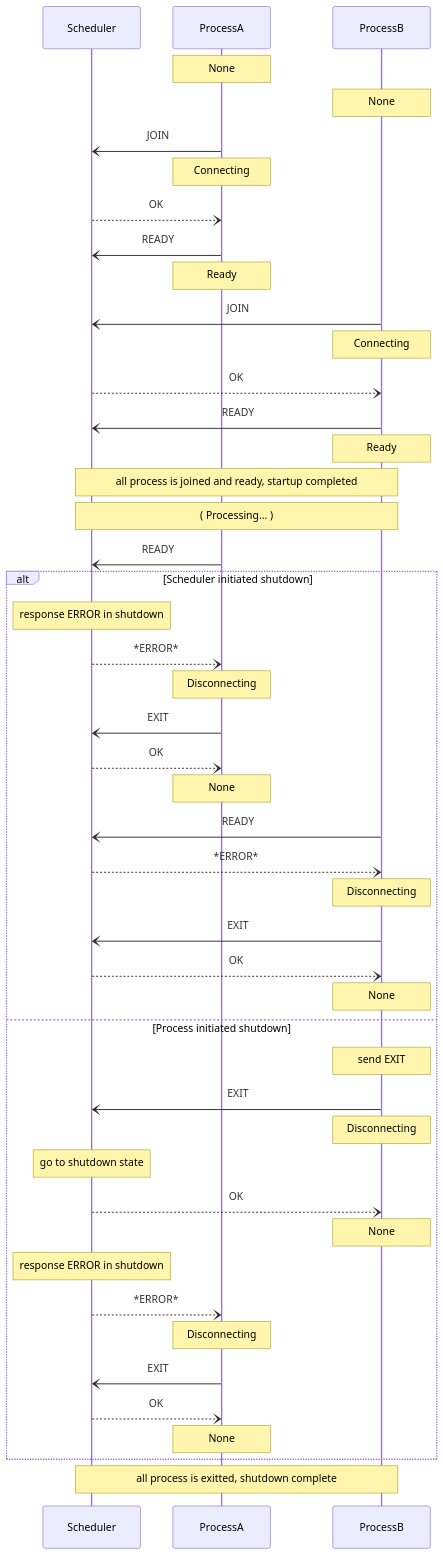
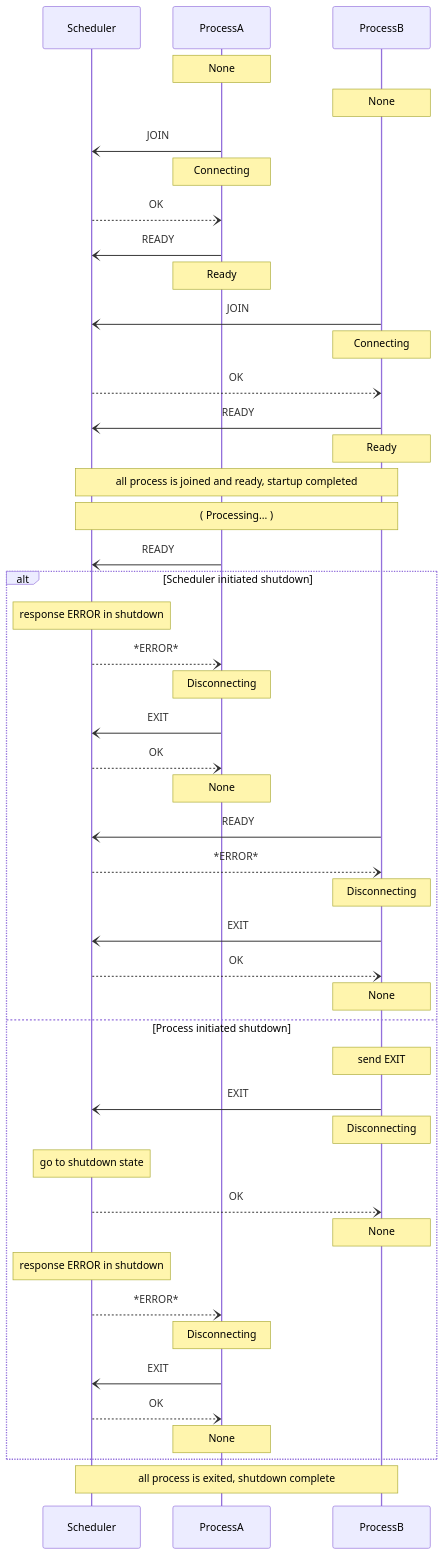
One commit to nao-kawano/ritsu-scheduler changed the first of 2 diagrams in docs/message-sequence.md. Above: the diagram before and after it, drawn with Mermaid. The commit also changed 12 other files, not shown here.

````diff
--- a/docs/message-sequence.md
+++ b/docs/message-sequence.md
@@ -12,61 +12,61 @@
 ```mermaid
 sequenceDiagram
   participant S as Scheduler
   participant A as ProcessA
   participant B as ProcessB
 
   Note over A: None
   Note over B: None
 
   A -) S: JOIN
   Note over A: Connecting
   S --) A: OK
 
   A -) S: READY
   Note over A: Ready
 
   B -) S: JOIN
   Note over B: Connecting
   S --) B: OK
 
   B -) S: READY
   Note over B: Ready
 
   Note over S,B: all process is joined and ready, startup completed
 
   Note over S,B: ( Processing... )
 
   A -) S: READY
   alt Scheduler initiated shutdown
     Note over S: response ERROR in shutdown
     S --) A: *ERROR*
       Note over A: Disconnecting
     A -) S: EXIT
     S --) A: OK
       Note over A: None
 
     B -) S: READY
     S --) B: *ERROR*
       Note over B: Disconnecting
     B -) S: EXIT
     S --) B: OK
       Note over B: None
 
   else Process initiated shutdown
     Note over B: send EXIT
     B -) S: EXIT
       Note over B: Disconnecting
       Note over S: go to shutdown state
     S --) B: OK
       Note over B: None
 
     Note over S: response ERROR in shutdown
     S --) A: *ERROR*
       Note over A: Disconnecting
     A -) S: EXIT
     S --) A: OK
       Note over A: None
   end
 
-  Note over S,B: all process is exitted, shutdown complete
+  Note over S,B: all process is exited, shutdown complete
 ```
````
